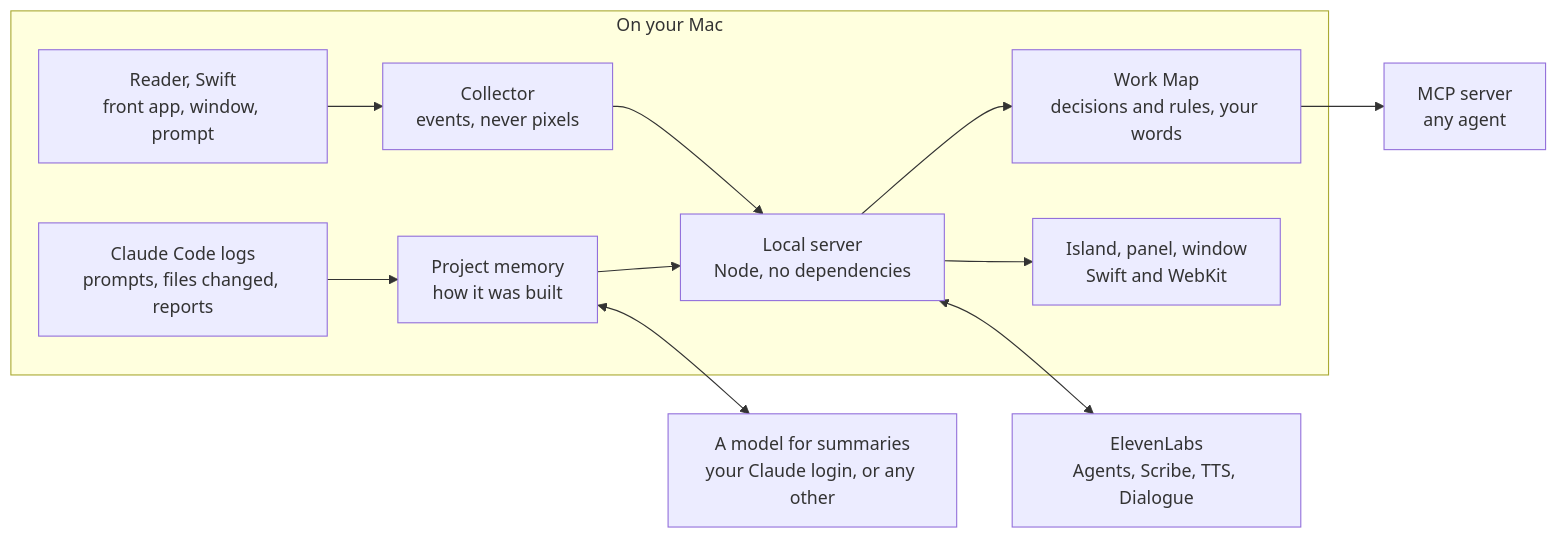
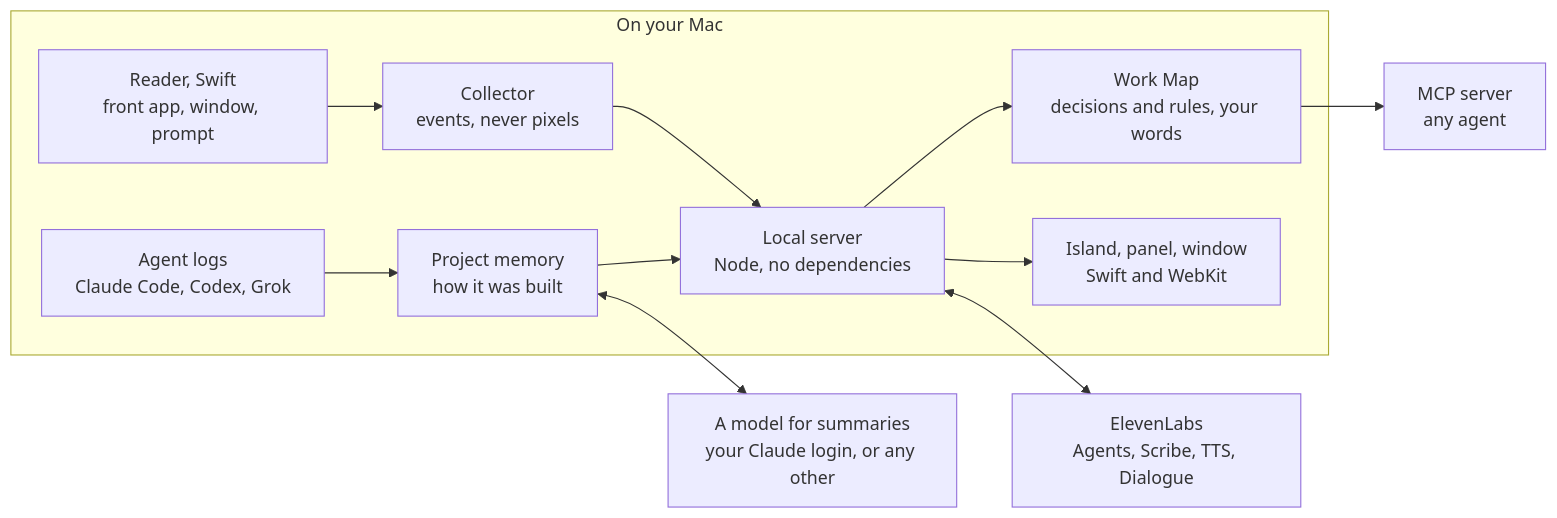
One commit to Baltsar/mason changed the diagram in README.md. Above: the diagram before and after it, drawn with Mermaid. The commit also changed other lines of this file and 1 other file, not shown here.

````diff
--- a/README.md
+++ b/README.md
@@ -67,14 +69,14 @@
 ```mermaid
 flowchart LR
   subgraph mac["On your Mac"]
     reader["Reader, Swift<br/>front app, window, prompt"] --> collector["Collector<br/>events, never pixels"]
-    logs["Claude Code logs<br/>prompts, files changed, reports"] --> memory["Project memory<br/>how it was built"]
+    logs["Agent logs<br/>Claude Code, Codex, Grok"] --> memory["Project memory<br/>how it was built"]
     collector --> server["Local server<br/>Node, no dependencies"]
     memory --> server
     server --> map["Work Map<br/>decisions and rules, your words"]
     server --> island["Island, panel, window<br/>Swift and WebKit"]
   end
   server <--> eleven["ElevenLabs<br/>Agents, Scribe, TTS, Dialogue"]
   memory <--> claude["A model for summaries<br/>your Claude login, or any other"]
   map --> mcp["MCP server<br/>any agent"]
 ```
````
